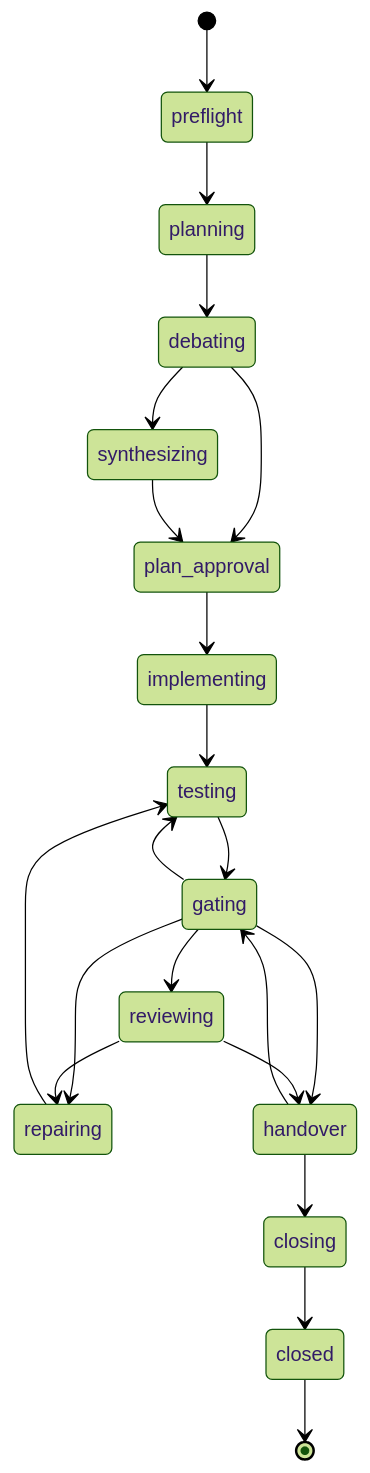
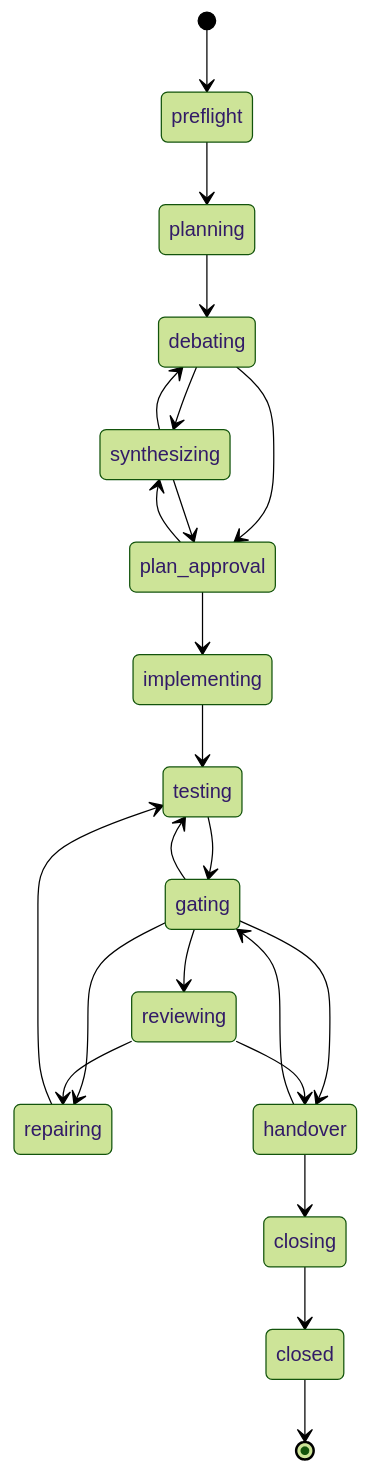
One commit to NourHayik/Looprch changed the diagram in docs/dev/lifecycle-state-machine.md. Above: the diagram before and after it, drawn with Mermaid (forest theme). The commit also changed other lines of this file and 65 other files, not shown here.

````diff
--- a/docs/dev/lifecycle-state-machine.md
+++ b/docs/dev/lifecycle-state-machine.md
@@ -6,23 +6,25 @@
 ```mermaid
 stateDiagram-v2
   [*] --> preflight
   preflight --> planning
   planning --> debating
   debating --> synthesizing
   debating --> plan_approval
+  synthesizing --> debating
   synthesizing --> plan_approval
+  plan_approval --> synthesizing
   plan_approval --> implementing
   implementing --> testing
   testing --> gating
   gating --> reviewing
   gating --> repairing
   gating --> testing
   gating --> handover
   repairing --> testing
   reviewing --> handover
   reviewing --> repairing
   handover --> closing
   handover --> gating
   closing --> closed
   closed --> [*]
 ```
````
